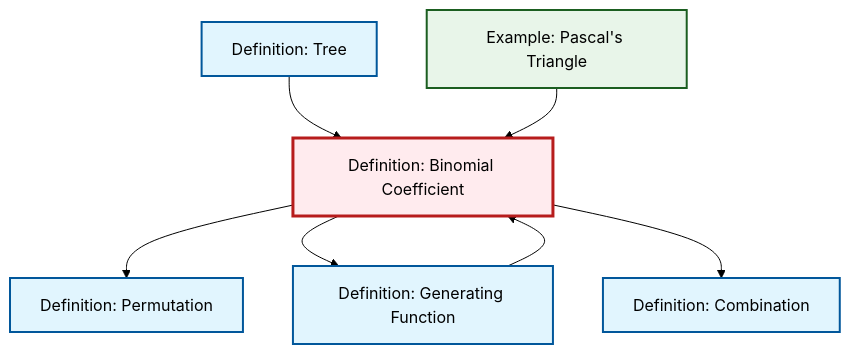
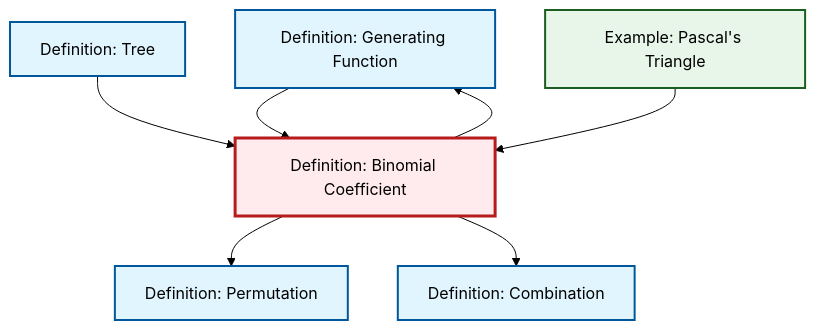
One commit to RK0429/ModernMath changed the diagram in content/ja/combinatorics/def-binomial-coefficient.qmd. Above: the diagram before and after it, drawn with Mermaid (forest theme). The commit also changed other lines of this file and 581 other files, not shown here.

````diff
--- a/content/ja/combinatorics/def-binomial-coefficient.qmd
+++ b/content/ja/combinatorics/def-binomial-coefficient.qmd
@@ -67,27 +67,27 @@
 ```{mermaid}
 %%| fig-cap: "Local dependency graph"
 graph TD
     classDef definition fill:#e1f5fe,stroke:#01579b,stroke-width:2px
     classDef theorem fill:#f3e5f5,stroke:#4a148c,stroke-width:2px
     classDef axiom fill:#fff3e0,stroke:#e65100,stroke-width:2px
     classDef example fill:#e8f5e9,stroke:#1b5e20,stroke-width:2px
     classDef current fill:#ffebee,stroke:#b71c1c,stroke-width:3px
+    def-generating-function["Definition: Generating Function"]:::definition
+    def-combination["Definition: Combination"]:::definition
     def-tree["Definition: Tree"]:::definition
     def-binomial-coefficient["Definition: Binomial Coefficient"]:::definition
-    def-generating-function["Definition: Generating Function"]:::definition
-    def-combination["Definition: Combination"]:::definition
+    ex-pascals-triangle["Example: Pascal's Triangle"]:::example
     def-permutation["Definition: Permutation"]:::definition
-    ex-pascals-triangle["Example: Pascal's Triangle"]:::example
+    def-generating-function --> def-binomial-coefficient
     def-binomial-coefficient --> def-permutation
+    def-binomial-coefficient --> def-generating-function
+    def-binomial-coefficient --> def-combination
     def-tree --> def-binomial-coefficient
-    def-generating-function --> def-binomial-coefficient
-    def-binomial-coefficient --> def-generating-function
     ex-pascals-triangle --> def-binomial-coefficient
-    def-binomial-coefficient --> def-combination
     class def-binomial-coefficient current
-    click def-tree "def-tree.html" "Definition: Treeへ"
     click def-generating-function "def-generating-function.html" "Definition: Generating Functionへ"
     click def-combination "def-combination.html" "Definition: Combinationへ"
+    click def-tree "def-tree.html" "Definition: Treeへ"
+    click ex-pascals-triangle "ex-pascals-triangle.html" "Example: Pascal's Triangleへ"
     click def-permutation "def-permutation.html" "Definition: Permutationへ"
-    click ex-pascals-triangle "ex-pascals-triangle.html" "Example: Pascal's Triangleへ"
 ```
````
